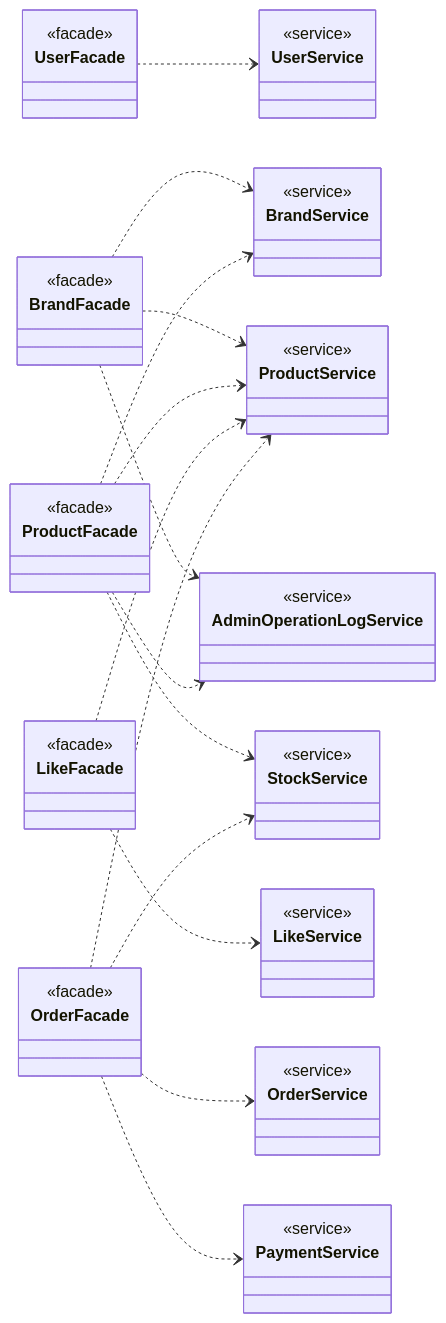
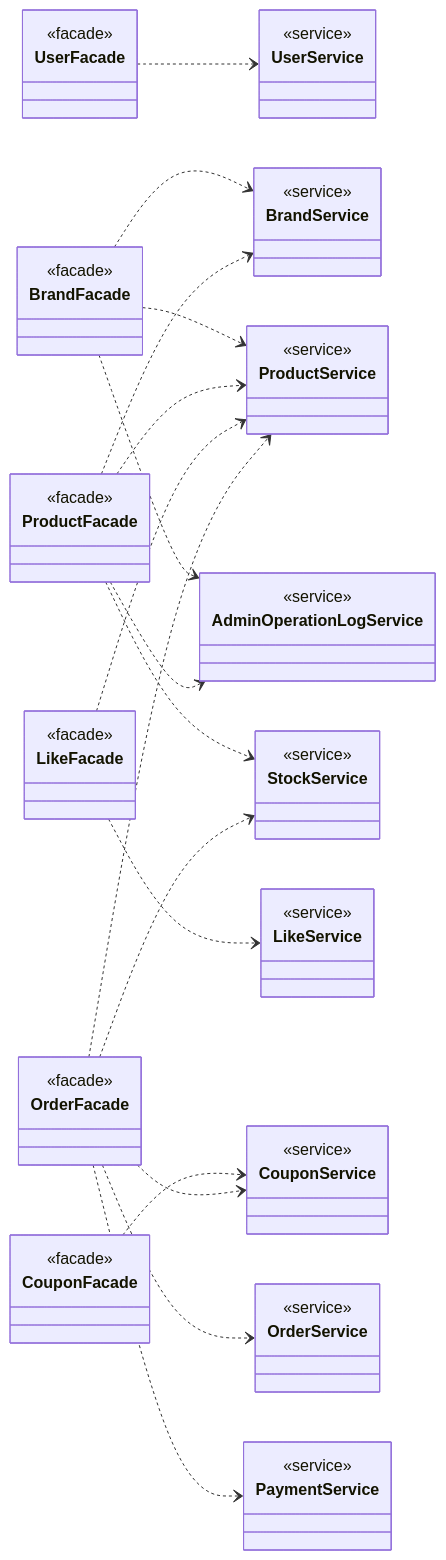
Before and after one commit to loopers-labs/loop-pack-be-l2-vol4-kotlin: the tenth of 10 diagrams in docs/design/03-class-diagram.md, drawn with Mermaid. The commit also changed other lines of this file and 3 other files, not shown here.

````diff
--- a/docs/design/03-class-diagram.md
+++ b/docs/design/03-class-diagram.md
@@ -792,60 +978,68 @@
 ```mermaid
 classDiagram
     direction LR
 
     class UserFacade {
         <<facade>>
     }
     class BrandFacade {
         <<facade>>
     }
     class ProductFacade {
         <<facade>>
     }
     class LikeFacade {
+        <<facade>>
+    }
+    class CouponFacade {
         <<facade>>
     }
     class OrderFacade {
         <<facade>>
     }
 
     class UserService {
         <<service>>
     }
     class AdminOperationLogService {
         <<service>>
     }
     class BrandService {
         <<service>>
     }
     class ProductService {
         <<service>>
     }
     class StockService {
         <<service>>
     }
     class LikeService {
         <<service>>
     }
+    class CouponService {
+        <<service>>
+    }
     class OrderService {
         <<service>>
     }
     class PaymentService {
         <<service>>
     }
 
     UserFacade ..> UserService
     BrandFacade ..> BrandService
     BrandFacade ..> ProductService
     BrandFacade ..> AdminOperationLogService
     ProductFacade ..> ProductService
     ProductFacade ..> StockService
     ProductFacade ..> BrandService
     ProductFacade ..> AdminOperationLogService
     LikeFacade ..> LikeService
     LikeFacade ..> ProductService
+    CouponFacade ..> CouponService
     OrderFacade ..> OrderService
     OrderFacade ..> ProductService
     OrderFacade ..> StockService
+    OrderFacade ..> CouponService
     OrderFacade ..> PaymentService
 ```
````
